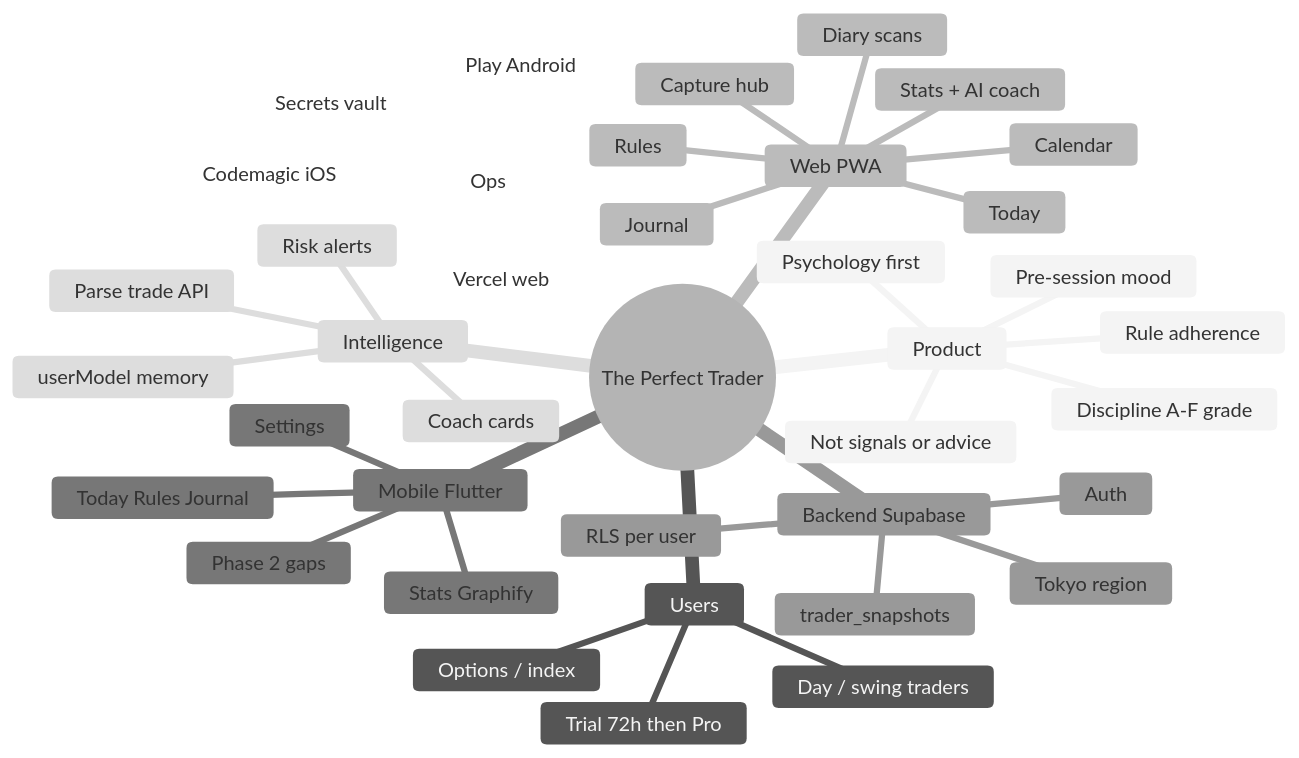
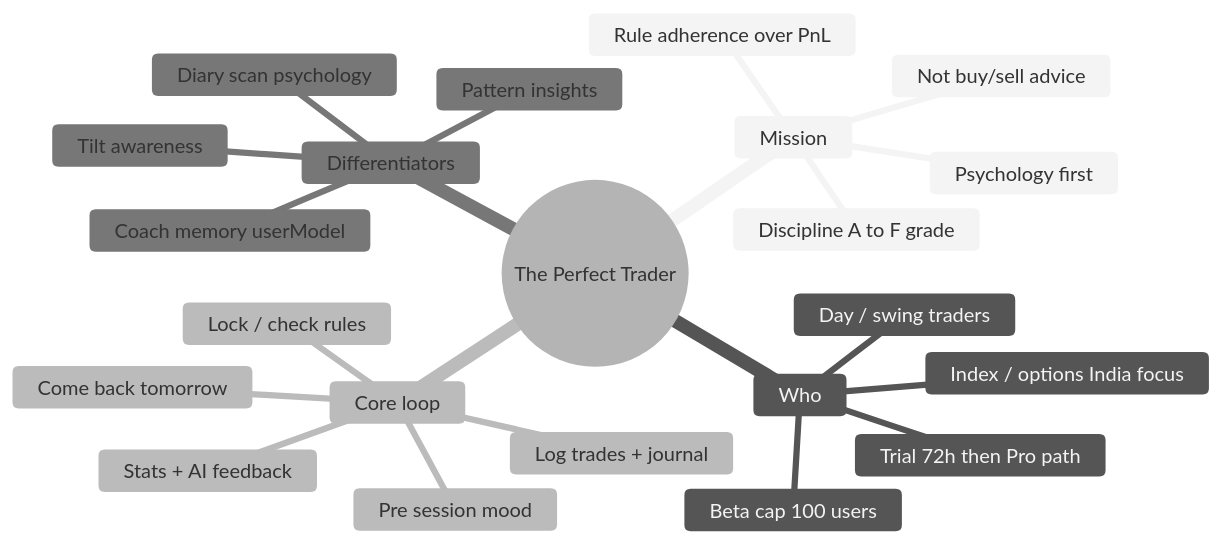
The first of 7 diagrams in docs/blueprint/00-mind-map.md (N-i-k-e-t/the-perfect-trader), drawn with Mermaid (neutral theme) before and after one commit. The commit also changed other lines of this file and 51 other files, not shown here.

````diff
--- a/docs/blueprint/00-mind-map.md
+++ b/docs/blueprint/00-mind-map.md
@@ -3,42 +9,25 @@
 ```mermaid
 mindmap
   root((The Perfect Trader))
-    Product
+    Mission
       Psychology first
-      Not signals or advice
-      Discipline A-F grade
-      Pre-session mood
-      Rule adherence
-    Users
+      Not buy/sell advice
+      Discipline A to F grade
+      Rule adherence over PnL
+    Who
       Day / swing traders
-      Options / index
-      Trial 72h then Pro
-    Web PWA
-      Today
-      Journal
-      Rules
-      Stats + AI coach
-      Diary scans
-      Calendar
-      Capture hub
-    Mobile Flutter
-      Today Rules Journal
-      Stats Graphify
-      Settings
-      Phase 2 gaps
-    Backend Supabase
-      Auth
-      trader_snapshots
-      RLS per user
-      Tokyo region
-    Intelligence
-      Coach cards
-      Risk alerts
-      Parse trade API
-      userModel memory
-    Ops
-      Vercel web
-      Secrets vault
-      Codemagic iOS
-      Play Android
+      Index / options India focus
+      Beta cap 100 users
+      Trial 72h then Pro path
+    Core loop
+      Pre session mood
+      Lock / check rules
+      Log trades + journal
+      Stats + AI feedback
+      Come back tomorrow
+    Differentiators
+      Tilt awareness
+      Coach memory userModel
+      Diary scan psychology
+      Pattern insights
 ```
````
